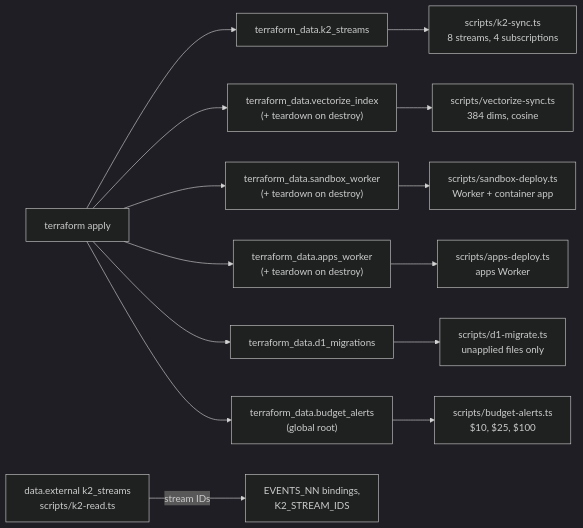
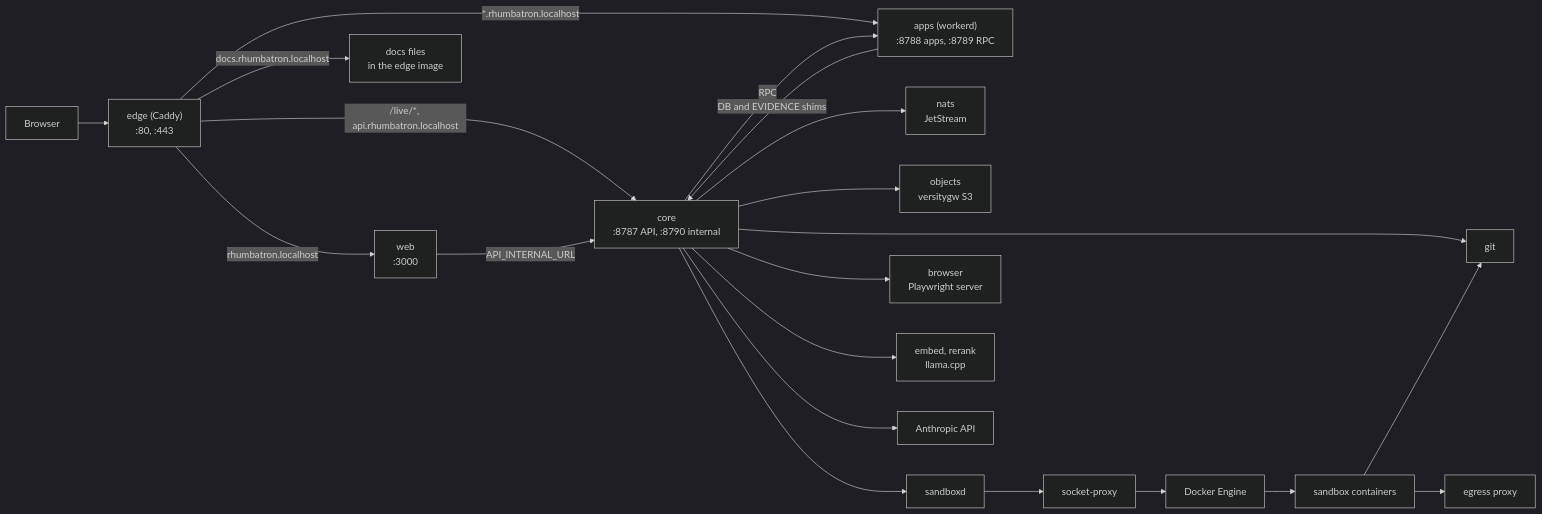
The first of 2 diagrams in docs/architecture/infrastructure-and-cost.md (nsudhanva/rhumbatron), drawn with Mermaid (dark theme) before and after one commit. The commit also changed other lines of this file and 322 other files, not shown here.

First line of the commit message:
feat!: run Rhumbatron as one Docker Compose stack on open-source backends

````diff
--- a/docs/architecture/infrastructure-and-cost.md
+++ b/docs/architecture/infrastructure-and-cost.md
@@ -91,16 +23,22 @@
 ```mermaid
 flowchart LR
-  APPLY["terraform apply"] --> K2D["terraform_data.k2_streams"]
-  APPLY --> VEC["terraform_data.vectorize_index<br/>(+ teardown on destroy)"]
-  APPLY --> SBX["terraform_data.sandbox_worker<br/>(+ teardown on destroy)"]
-  APPLY --> APPSW["terraform_data.apps_worker<br/>(+ teardown on destroy)"]
-  APPLY --> MIG["terraform_data.d1_migrations"]
-  APPLY --> BUD["terraform_data.budget_alerts<br/>(global root)"]
-  K2D --> S1["scripts/k2-sync.ts<br/>8 streams, 4 subscriptions"]
-  VEC --> S2["scripts/vectorize-sync.ts<br/>384 dims, cosine"]
-  SBX --> S3["scripts/sandbox-deploy.ts<br/>Worker + container app"]
-  APPSW --> S6["scripts/apps-deploy.ts<br/>apps Worker"]
-  MIG --> S4["scripts/d1-migrate.ts<br/>unapplied files only"]
-  BUD --> S5["scripts/budget-alerts.ts<br/>$10, $25, $100"]
-  READ["data.external k2_streams<br/>scripts/k2-read.ts"] -->|"stream IDs"| BIND["EVENTS_NN bindings,<br/>K2_STREAM_IDS"]
+  USER["Browser"] --> EDGE["edge (Caddy)<br/>:80, :443"]
+  EDGE -->|"rhumbatron.localhost"| WEB["web<br/>:3000"]
+  EDGE -->|"/live/*, api.rhumbatron.localhost"| CORE["core<br/>:8787 API, :8790 internal"]
+  EDGE -->|"*.rhumbatron.localhost"| APPS["apps (workerd)<br/>:8788 apps, :8789 RPC"]
+  EDGE -->|"docs.rhumbatron.localhost"| DOCS["docs files<br/>in the edge image"]
+  WEB -->|"API_INTERNAL_URL"| CORE
+  CORE --> NATS["nats<br/>JetStream"]
+  CORE --> OBJ["objects<br/>versitygw S3"]
+  CORE --> GIT["git"]
+  CORE --> SBXD["sandboxd"]
+  CORE -->|"RPC"| APPS
+  APPS -->|"DB and EVIDENCE shims"| CORE
+  CORE --> BR["browser<br/>Playwright server"]
+  CORE --> EMB["embed, rerank<br/>llama.cpp"]
+  CORE --> ANT["Anthropic API"]
+  SBXD --> PROXY["socket-proxy"] --> DOCKER["Docker Engine"]
+  DOCKER --> SBX["sandbox containers"]
+  SBX --> EGR["egress proxy"]
+  SBX --> GIT
 ```
````
